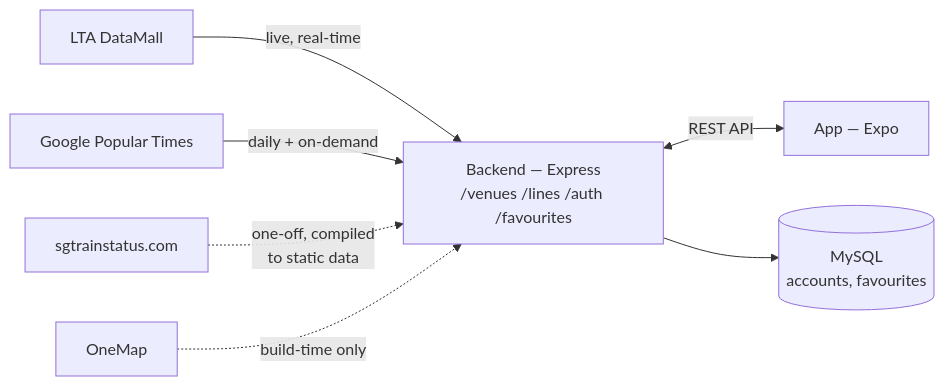
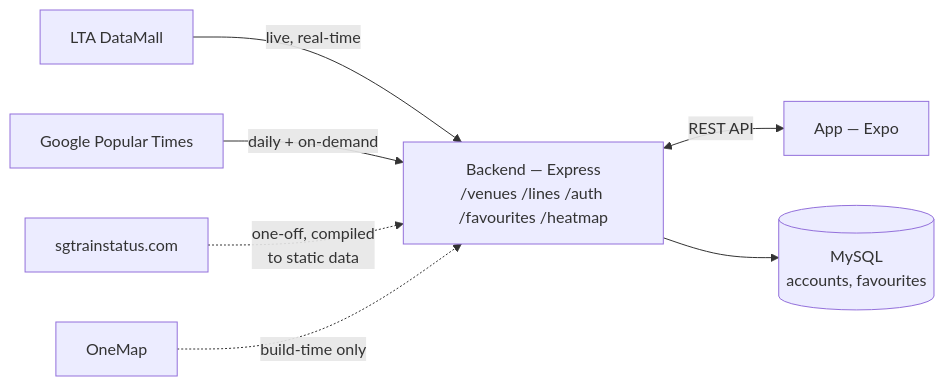
The diagram in README.md (josephtlj/crowdy), drawn with Mermaid before and after one commit. The commit also changed other lines of this file, not shown here.

````diff
--- a/README.md
+++ b/README.md
@@ -29,17 +9,17 @@
 ```mermaid
 flowchart LR
     LTA[LTA DataMall]
     GPT[Google Popular Times]
     SG[sgtrainstatus.com]
     OM[OneMap]
-    BE["Backend — Express\n/venues /lines /auth /favourites"]
+    BE["Backend — Express\n/venues /lines /auth /favourites /heatmap"]
     APP[App — Expo]
     DB[("MySQL\naccounts, favourites")]
 
     LTA -- "live, real-time" --> BE
     GPT -- "daily + on-demand" --> BE
     SG -. "one-off, compiled\nto static data" .-> BE
     OM -. "build-time only" .-> BE
     BE <-- "REST API" --> APP
     BE --> DB
 ```
````
